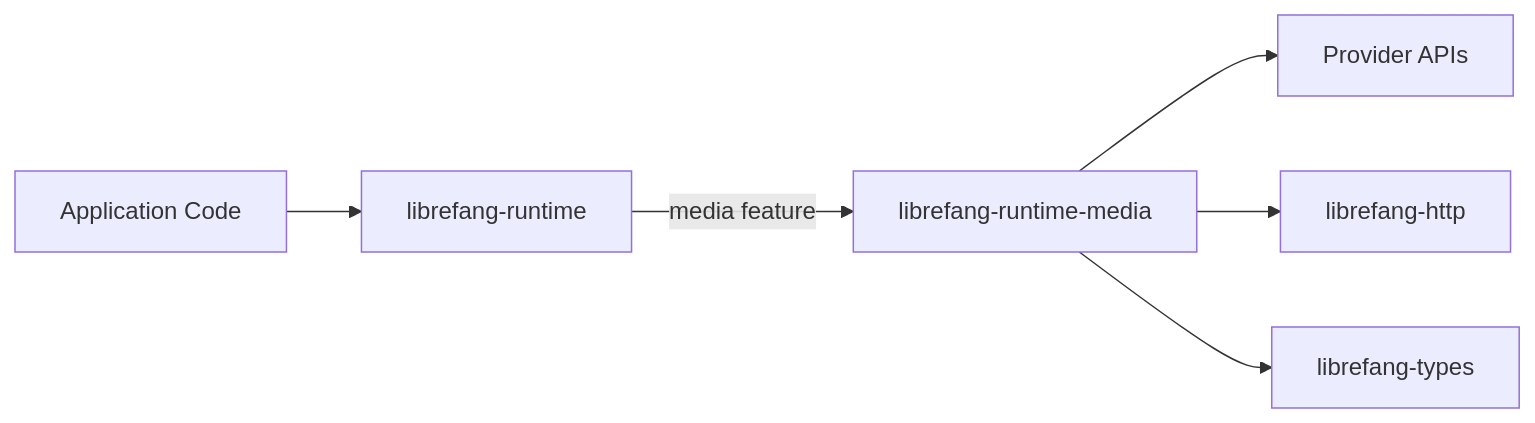
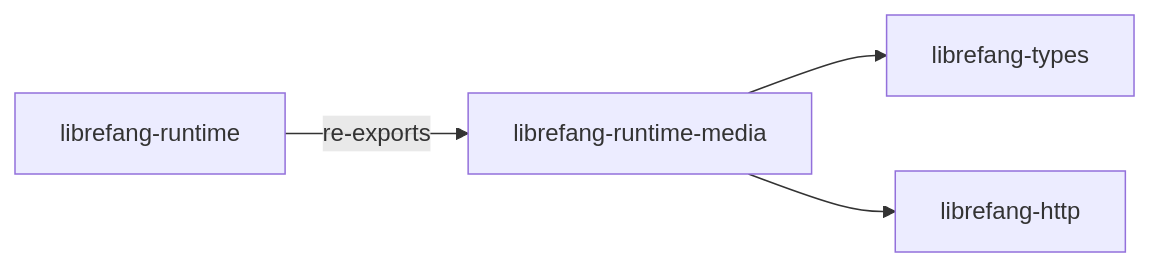
Before and after one commit to leszek3737/librefang-WIki: the second of 2 diagrams in other-librefang-runtime-media.md, drawn with Mermaid. The commit also changed other lines of this file and 128 other files, not shown here.

````diff
--- a/other-librefang-runtime-media.md
+++ b/other-librefang-runtime-media.md
@@ -95,8 +111,6 @@
 ```mermaid
 graph LR
-    A[Application Code] --> B[librefang-runtime]
-    B -->|media feature| C[librefang-runtime-media]
-    C --> D[Provider APIs]
-    C --> E[librefang-http]
-    C --> F[librefang-types]
+    A[librefang-runtime] -->|re-exports| B[librefang-runtime-media]
+    B --> C[librefang-types]
+    B --> D[librefang-http]
 ```
````
